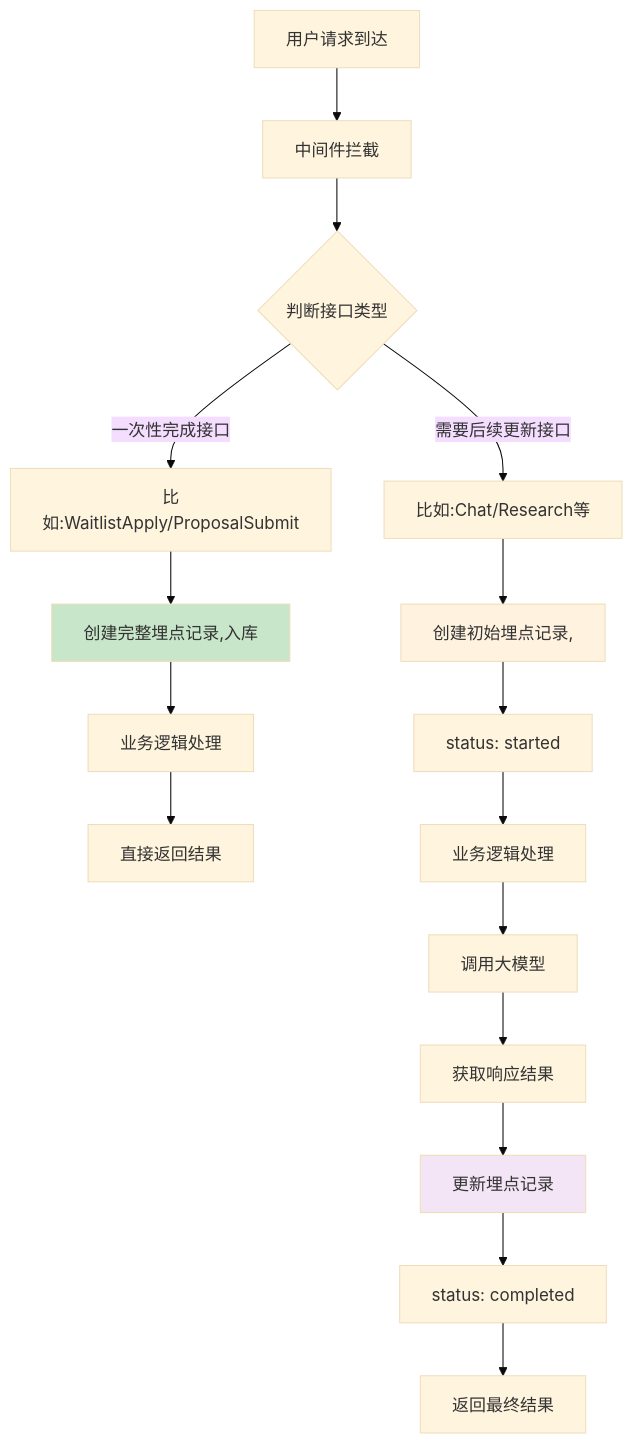
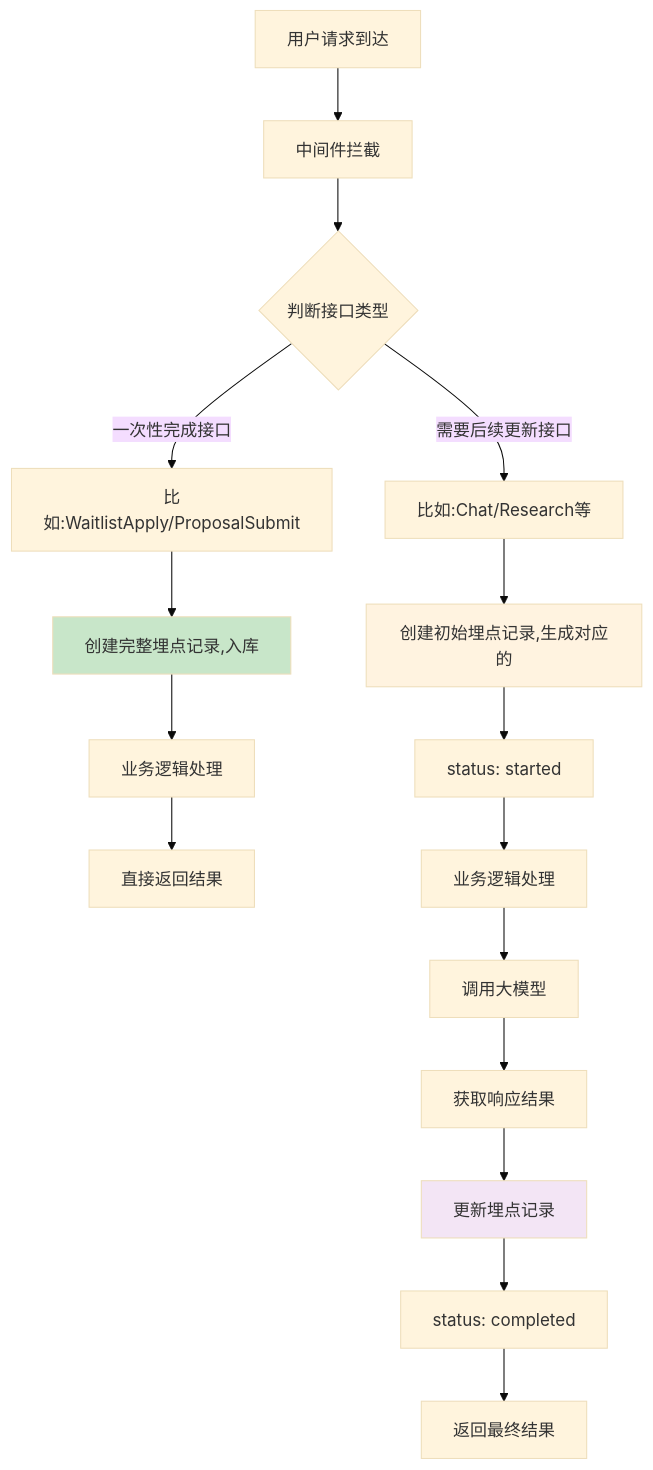
Before and after one commit to yingjianzh/iodraw-files: the diagram in all/未命名-78.md, drawn with Mermaid (base theme).

Commit message:
2025-07-08 17:16:56 update

````diff
--- a/all/未命名-78.md
+++ b/all/未命名-78.md
@@ -1,25 +1,25 @@
 ```mermaid
 flowchart TD
     A[用户请求到达] --> B[中间件拦截]
     B --> C{判断接口类型}
     
     C -->|一次性完成接口| D[比如:WaitlistApply/ProposalSubmit]
     C -->|需要后续更新接口| E[比如:Chat/Research等]
     
     D --> F[创建完整埋点记录,入库]
     F --> H[业务逻辑处理]
     H --> I[直接返回结果]
     
-    E --> J[创建初始埋点记录,]
+    E --> J[创建初始埋点记录,生成对应的]
     J --> K[status: started]
     K --> L[业务逻辑处理]
     L --> M[调用大模型]
     M --> N[获取响应结果]
     N --> O[更新埋点记录]
     O --> P[status: completed]
     P --> Q[返回最终结果]
     
     style F fill:#c8e6c9
     style J fill:#fff3e0
     style O fill:#f3e5f5
 ```
````
